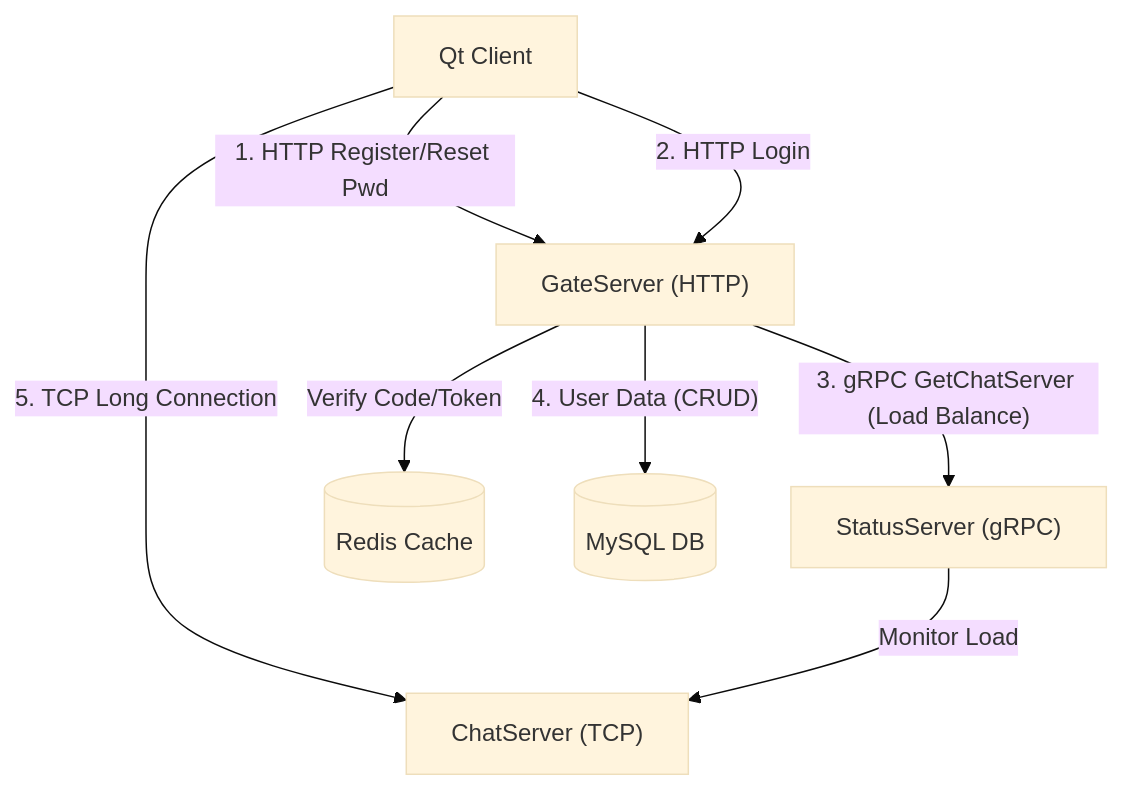
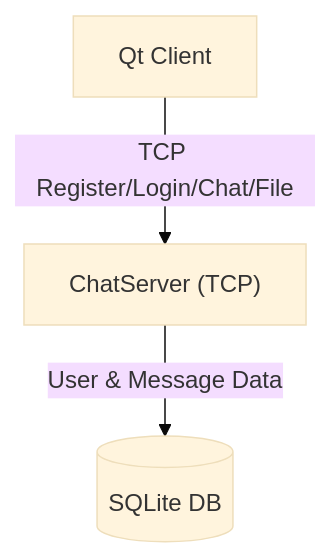
Before and after one commit to msrnnnnn/msrChat: the diagram in README.md, drawn with Mermaid (base theme). The commit also changed other lines of this file, not shown here.

Commit message:
docs: 更新README为新架构（单服务器+SQLite+TLV协议）

````diff
--- a/README.md
+++ b/README.md
@@ -27,17 +23,9 @@
 ```mermaid
 graph TD
     Client["Qt Client"]
-    Gate["GateServer (HTTP)"]
-    Status["StatusServer (gRPC)"]
     Chat["ChatServer (TCP)"]
-    Redis[("Redis Cache")]
-    MySQL[("MySQL DB")]
+    SQLite[("SQLite DB")]
 
-    Client -- "1. HTTP Register/Reset Pwd" --> Gate
-    Client -- "2. HTTP Login" --> Gate
-    Client -- "5. TCP Long Connection" --> Chat
-    Gate -- "3. gRPC GetChatServer (Load Balance)" --> Status
-    Gate -- "4. User Data (CRUD)" --> MySQL
-    Gate -- "Verify Code/Token" --> Redis
-    Status -- "Monitor Load" --> Chat
+    Client -- "TCP Register/Login/Chat/File" --> Chat
+    Chat -- "User & Message Data" --> SQLite
 ```
````
